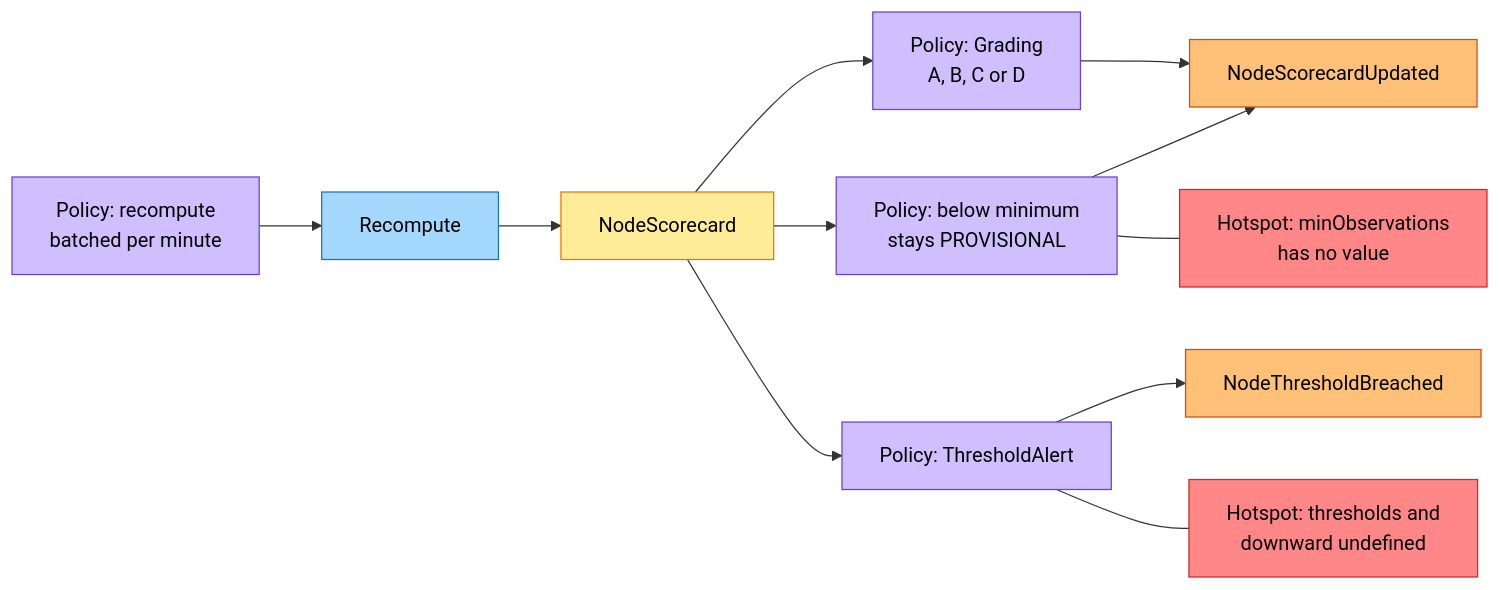
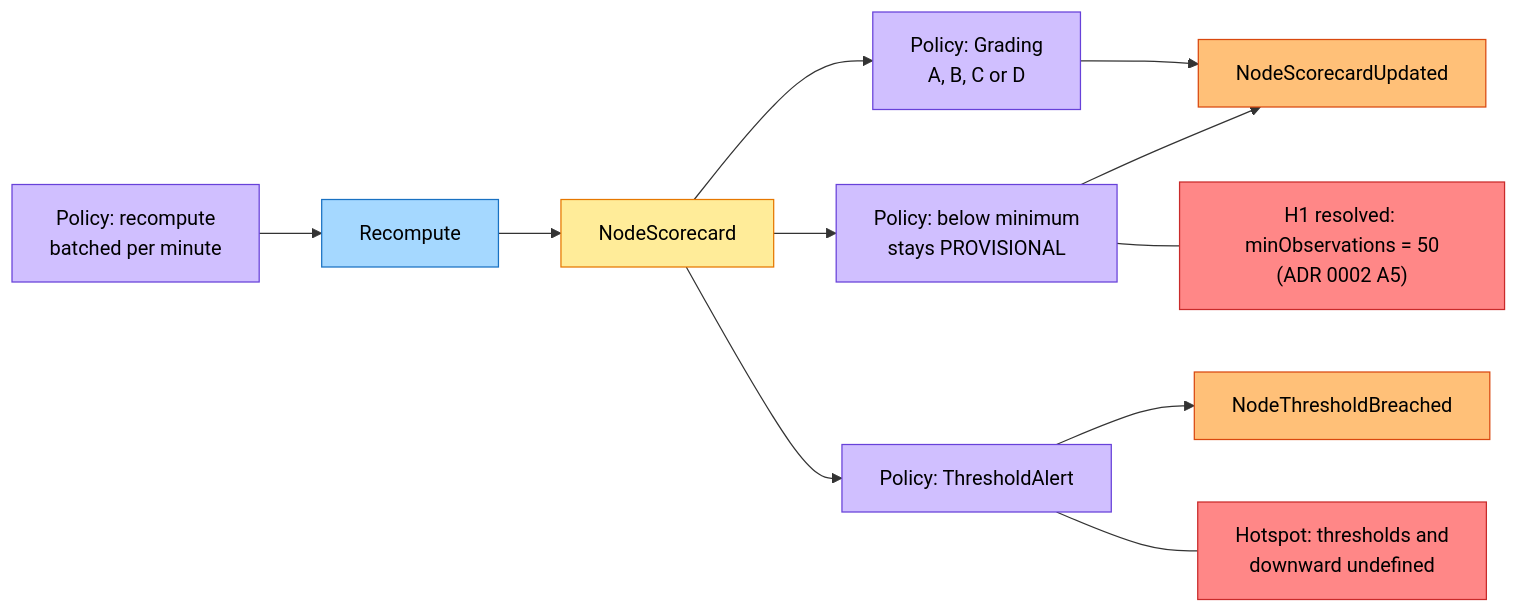
One commit to IQVO/warehouse-docs changed the fifth of 6 diagrams in network/docs/contexts/node-performance/eventstorming.md. Above: the diagram before and after it, drawn with Mermaid. The commit also changed other lines of this file and 7 other files, not shown here.

Commit message:
docs(network): node-performance pack and model follow the repo (not-found/validation-failed only, minObservations 50, first requiredShipBy wins)

````diff
--- a/network/docs/contexts/node-performance/eventstorming.md
+++ b/network/docs/contexts/node-performance/eventstorming.md
@@ -163,26 +163,26 @@
 ```mermaid
 flowchart LR
     P0["Policy: recompute<br/>batched per minute"]:::policy
     C1["Recompute"]:::command
     G1["NodeScorecard"]:::aggregate
     P1["Policy: Grading<br/>A, B, C or D"]:::policy
     P2["Policy: below minimum<br/>stays PROVISIONAL"]:::policy
     P3["Policy: ThresholdAlert"]:::policy
     E1["NodeScorecardUpdated"]:::event
     E2["NodeThresholdBreached"]:::event
-    H1["Hotspot: minObservations<br/>has no value"]:::hotspot
+    H1["H1 resolved: minObservations = 50<br/>(ADR 0002 A5)"]:::hotspot
     H2["Hotspot: thresholds and<br/>downward undefined"]:::hotspot
     P0 --> C1 --> G1
     G1 --> P1 & P2
     P1 & P2 --> E1
     G1 --> P3 --> E2
     P2 --- H1
     P3 --- H2
     classDef command fill:#a5d8ff,stroke:#1971c2,color:#000
     classDef aggregate fill:#ffec99,stroke:#e67700,color:#000
     classDef event fill:#ffc078,stroke:#d9480f,color:#000
     classDef policy fill:#d0bfff,stroke:#6741d9,color:#000
     classDef readmodel fill:#b2f2bb,stroke:#2f9e44,color:#000
     classDef external fill:#fcc2d7,stroke:#c2255c,color:#000
     classDef hotspot fill:#ff8787,stroke:#c92a2a,color:#000
 ```
````
